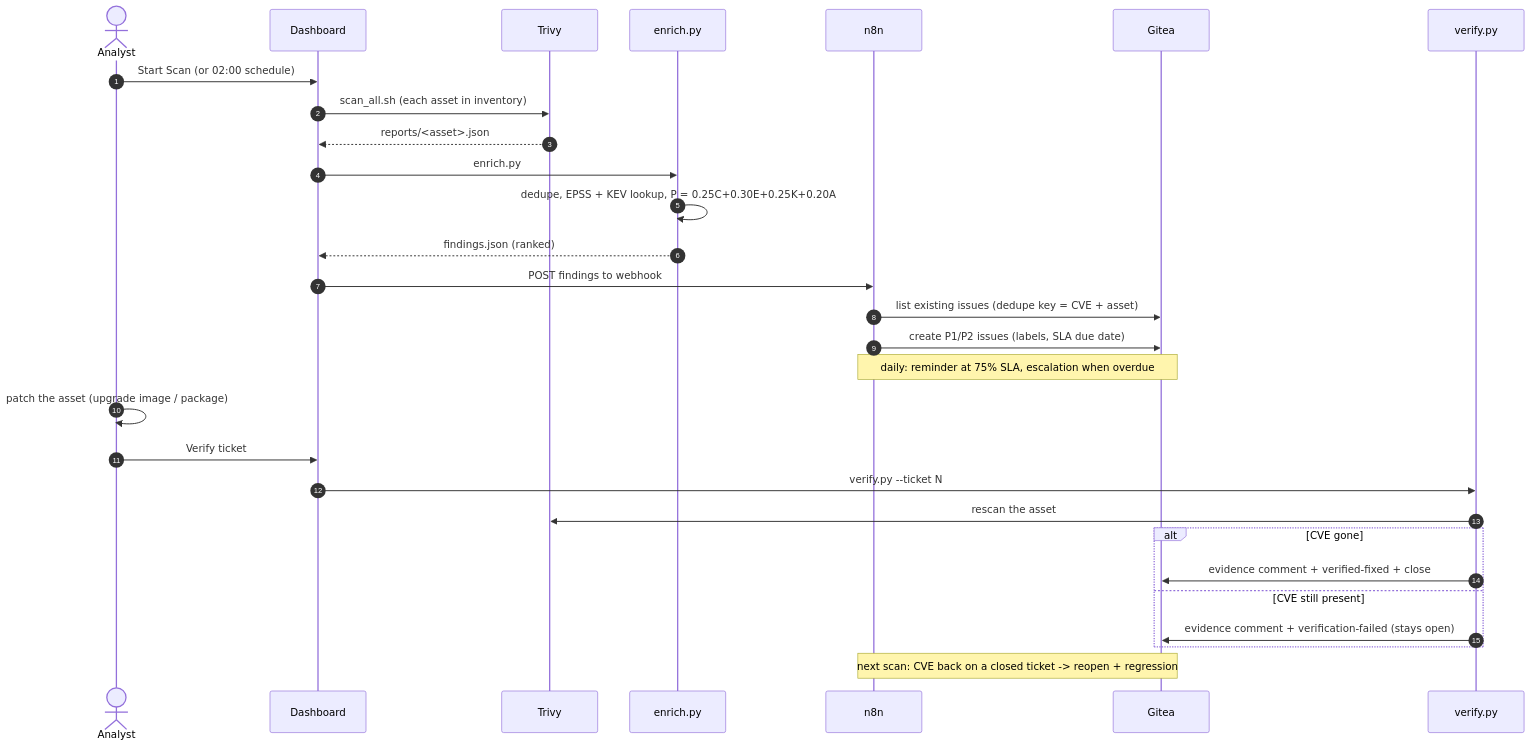
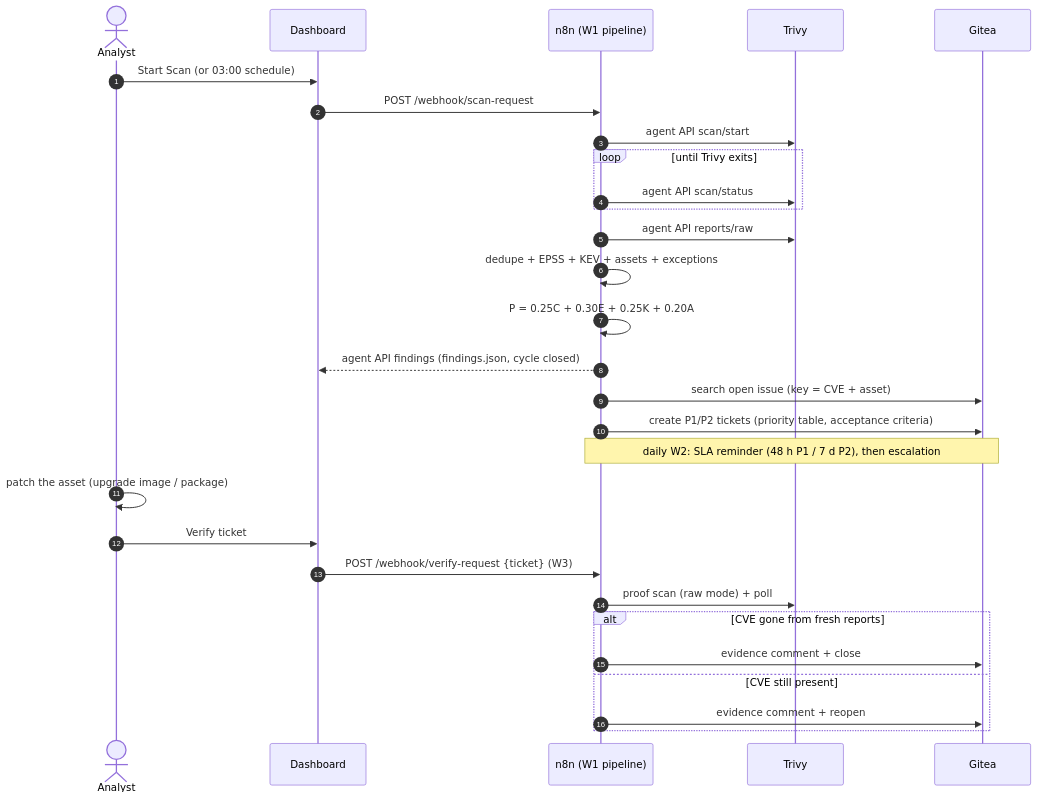
One commit to aminsmida2022-alt/Vulproject changed the second of 4 diagrams in documentation/architecture.md. Above: the diagram before and after it, drawn with Mermaid. The commit also changed other lines of this file and 14 other files, not shown here.

First line of the commit message:
n8n A-to-Z orchestrator: pipeline + SLA + verification workflows, agent API, dashboard handover

````diff
--- a/documentation/architecture.md
+++ b/documentation/architecture.md
@@ -36,32 +49,32 @@
 ```mermaid
 sequenceDiagram
     autonumber
     actor Analyst
     participant D as Dashboard
+    participant N as n8n (W1 pipeline)
     participant T as Trivy
-    participant E as enrich.py
-    participant N as n8n
     participant G as Gitea
-    participant V as verify.py
 
-    Analyst->>D: Start Scan (or 02:00 schedule)
-    D->>T: scan_all.sh (each asset in inventory)
-    T-->>D: reports/<asset>.json
-    D->>E: enrich.py
-    E->>E: dedupe, EPSS + KEV lookup, P = 0.25C+0.30E+0.25K+0.20A
-    E-->>D: findings.json (ranked)
-    D->>N: POST findings to webhook
-    N->>G: list existing issues (dedupe key = CVE + asset)
-    N->>G: create P1/P2 issues (labels, SLA due date)
-    Note over N,G: daily: reminder at 75% SLA, escalation when overdue
+    Analyst->>D: Start Scan (or 03:00 schedule)
+    D->>N: POST /webhook/scan-request
+    N->>T: agent API scan/start
+    loop until Trivy exits
+        N->>T: agent API scan/status
+    end
+    N->>T: agent API reports/raw
+    N->>N: dedupe + EPSS + KEV + assets + exceptions
+    N->>N: P = 0.25C + 0.30E + 0.25K + 0.20A
+    N-->>D: agent API findings (findings.json, cycle closed)
+    N->>G: search open issue (key = CVE + asset)
+    N->>G: create P1/P2 tickets (priority table, acceptance criteria)
+    Note over N,G: daily W2: SLA reminder (48 h P1 / 7 d P2), then escalation
     Analyst->>Analyst: patch the asset (upgrade image / package)
     Analyst->>D: Verify ticket
-    D->>V: verify.py --ticket N
-    V->>T: rescan the asset
-    alt CVE gone
-        V->>G: evidence comment + verified-fixed + close
+    D->>N: POST /webhook/verify-request {ticket}  (W3)
+    N->>T: proof scan (raw mode) + poll
+    alt CVE gone from fresh reports
+        N->>G: evidence comment + close
     else CVE still present
-        V->>G: evidence comment + verification-failed (stays open)
+        N->>G: evidence comment + reopen
     end
-    Note over N,G: next scan: CVE back on a closed ticket -> reopen + regression
 ```
````
